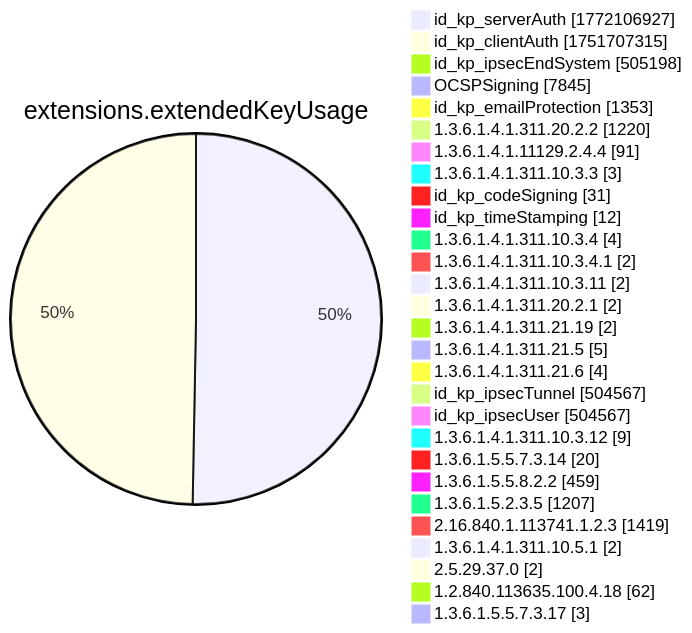
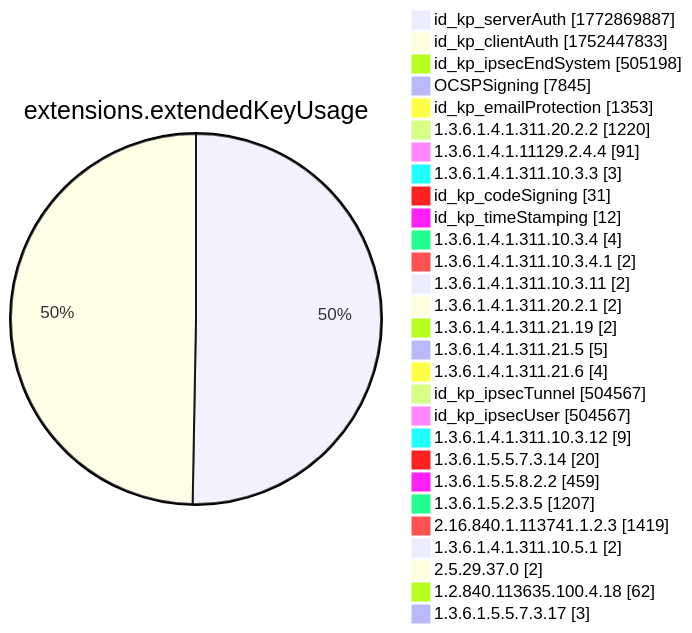
Diagram 12 of 15 in xenon2022/README.md (christiankrug/ctmonitor_visualization), drawn with Mermaid before and after one commit. The commit also changed other lines of this file, not shown here.

````diff
--- a/xenon2022/README.md
+++ b/xenon2022/README.md
@@ -3893,32 +3893,32 @@
 ```mermaid
 pie showData
 title extensions.extendedKeyUsage
-"id_kp_serverAuth" :1772106927
-"id_kp_clientAuth" :1751707315
+"id_kp_serverAuth" :1772869887
+"id_kp_clientAuth" :1752447833
 "id_kp_ipsecEndSystem" :505198
 "OCSPSigning" :7845
 "id_kp_emailProtection" :1353
 "1.3.6.1.4.1.311.20.2.2" :1220
 "1.3.6.1.4.1.11129.2.4.4" :91
 "1.3.6.1.4.1.311.10.3.3" :3
 "id_kp_codeSigning" :31
 "id_kp_timeStamping" :12
 "1.3.6.1.4.1.311.10.3.4" :4
 "1.3.6.1.4.1.311.10.3.4.1" :2
 "1.3.6.1.4.1.311.10.3.11" :2
 "1.3.6.1.4.1.311.20.2.1" :2
 "1.3.6.1.4.1.311.21.19" :2
 "1.3.6.1.4.1.311.21.5" :5
 "1.3.6.1.4.1.311.21.6" :4
 "id_kp_ipsecTunnel" :504567
 "id_kp_ipsecUser" :504567
 "1.3.6.1.4.1.311.10.3.12" :9
 "1.3.6.1.5.5.7.3.14" :20
 "1.3.6.1.5.5.8.2.2" :459
 "1.3.6.1.5.2.3.5" :1207
 "2.16.840.1.113741.1.2.3" :1419
 "1.3.6.1.4.1.311.10.5.1" :2
 "2.5.29.37.0" :2
 "1.2.840.113635.100.4.18" :62
 "1.3.6.1.5.5.7.3.17" :3
 ```
````
